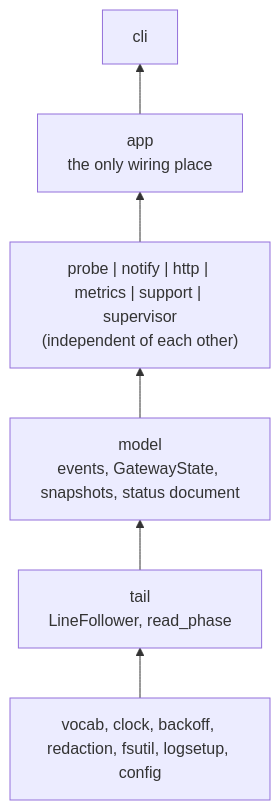
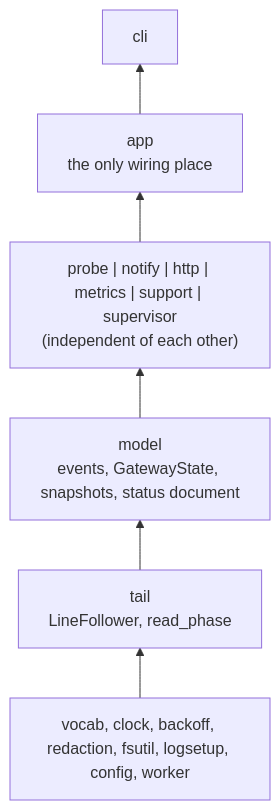
Before and after one commit to RocketEdge/brokersre-ib-gateway: the third of 5 diagrams in docs/sidecar.md, drawn with Mermaid. The commit also changed other lines of this file and 5 other files, not shown here.

````diff
--- a/docs/sidecar.md
+++ b/docs/sidecar.md
@@ -76,10 +120,10 @@
 ```mermaid
 flowchart BT
-  leaves["vocab, clock, backoff, redaction, fsutil, logsetup, config"]
+  leaves["vocab, clock, backoff, redaction, fsutil, logsetup, config, worker"]
   tail["tail<br/>LineFollower, read_phase"]
   model["model<br/>events, GatewayState, snapshots, status document"]
   mid["probe | notify | http | metrics | support | supervisor<br/>(independent of each other)"]
   app["app<br/>the only wiring place"]
   cli["cli"]
   leaves --> tail --> model --> mid --> app --> cli
 ```
````
